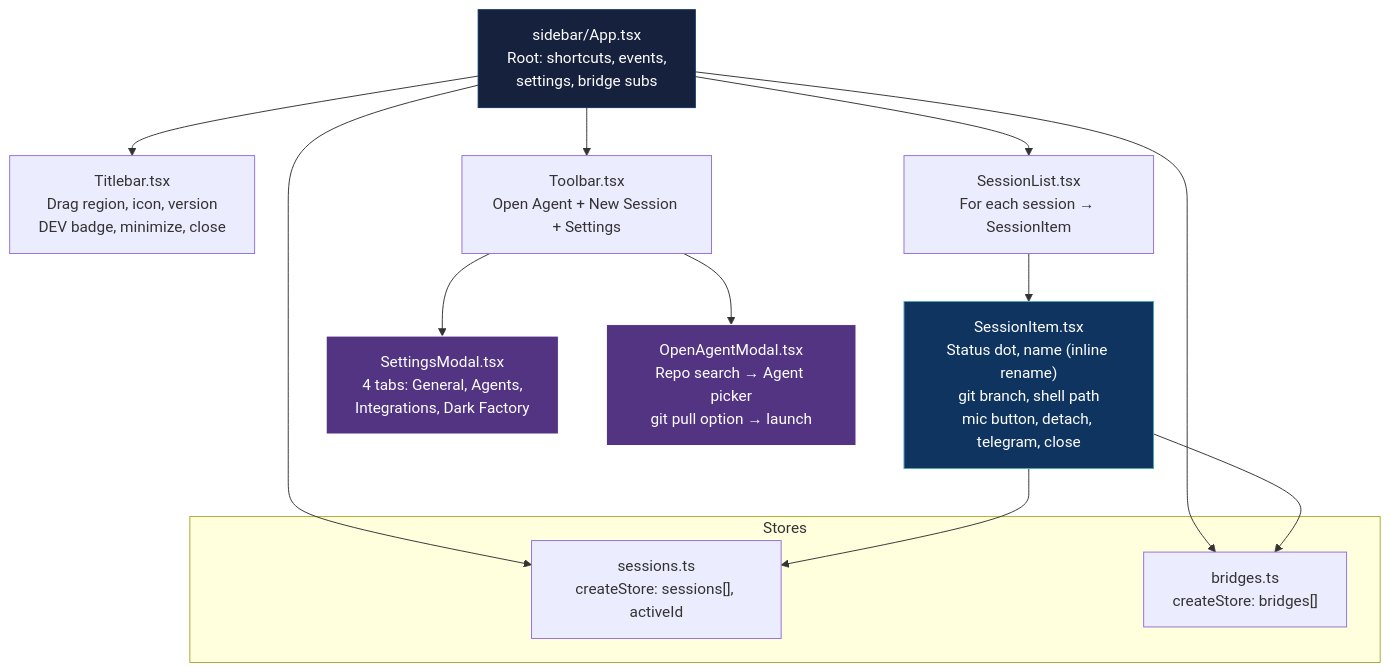
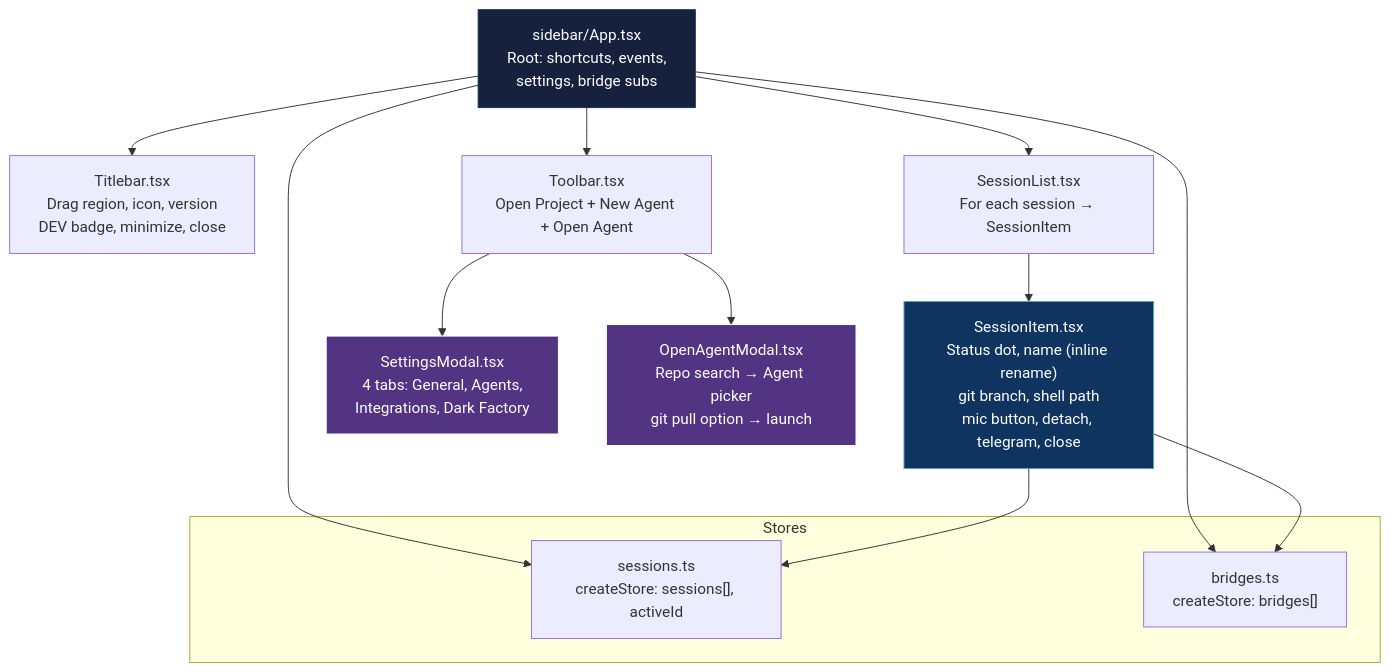
The third of 15 diagrams in docs/reference/architecture.md (mblua/AgentsCommander), drawn with Mermaid before and after one commit. The commit also changed other lines of this file, not shown here.

Commit message:
docs(architecture): correct stale Sidebar Toolbar button list (#557)
Toolbar exposes Open Project + New Agent + Open Agent (no New Session,
no Settings gear). Fixes the component diagram node (3.1) and the
file-responsibility table row. The 6.1 sequence-diagram trigger is held
pending tech-lead confirmation (session creation now routes through
NewAgentModal, not a simple sidebar click).

````diff
--- a/docs/reference/architecture.md
+++ b/docs/reference/architecture.md
@@ -171,28 +171,28 @@
 ```mermaid
 graph TD
     SA["sidebar/App.tsx<br/>Root: shortcuts, events,<br/>settings, bridge subs"]
 
     SA --> TB["Titlebar.tsx<br/>Drag region, icon, version<br/>DEV badge, minimize, close"]
     SA --> SL["SessionList.tsx<br/>For each session → SessionItem"]
-    SA --> TL["Toolbar.tsx<br/>Open Agent + New Session + Settings"]
+    SA --> TL["Toolbar.tsx<br/>Open Project + New Agent + Open Agent"]
 
     SL --> SI["SessionItem.tsx<br/>Status dot, name (inline rename)<br/>git branch, shell path<br/>mic button, detach, telegram, close"]
 
     TL --> SM["SettingsModal.tsx<br/>4 tabs: General, Agents,<br/>Integrations, Dark Factory"]
     TL --> OA["OpenAgentModal.tsx<br/>Repo search → Agent picker<br/>git pull option → launch"]
 
     subgraph "Stores"
         SS["sessions.ts<br/>createStore: sessions[], activeId"]
         BS["bridges.ts<br/>createStore: bridges[]"]
     end
 
     SA --> SS
     SA --> BS
     SI --> SS
     SI --> BS
 
     style SA fill:#16213e,stroke:#0f3460,color:#fff
     style SM fill:#533483,stroke:#fff,color:#fff
     style OA fill:#533483,stroke:#fff,color:#fff
     style SI fill:#0f3460,stroke:#53a8b6,color:#fff
 ```
````
